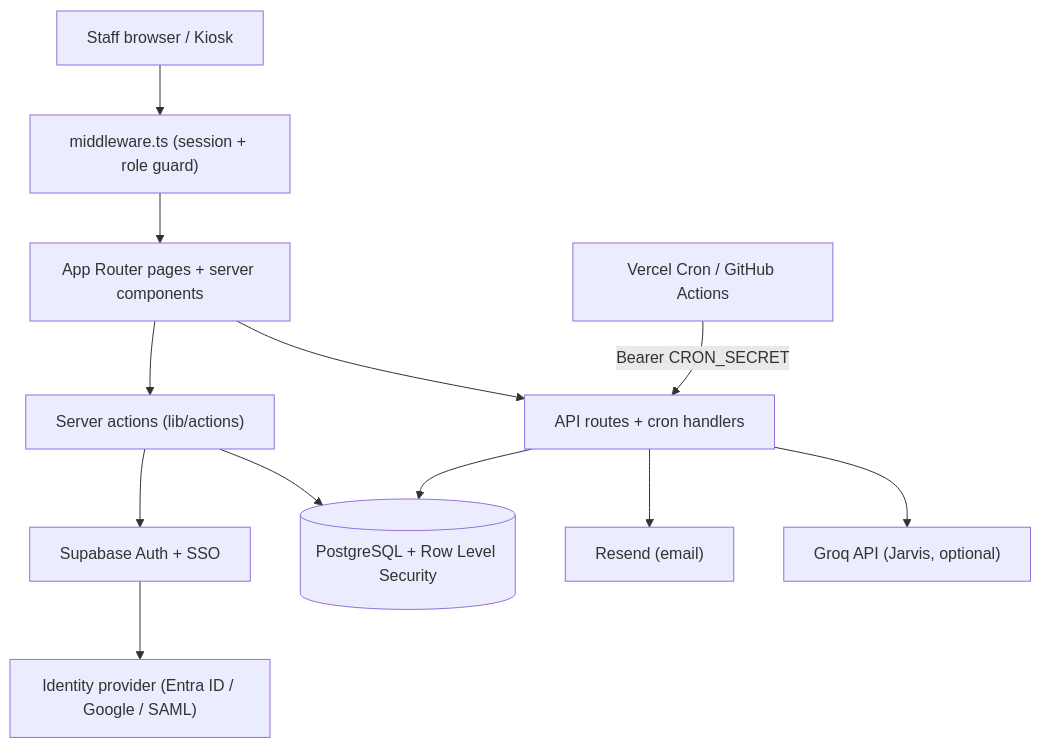
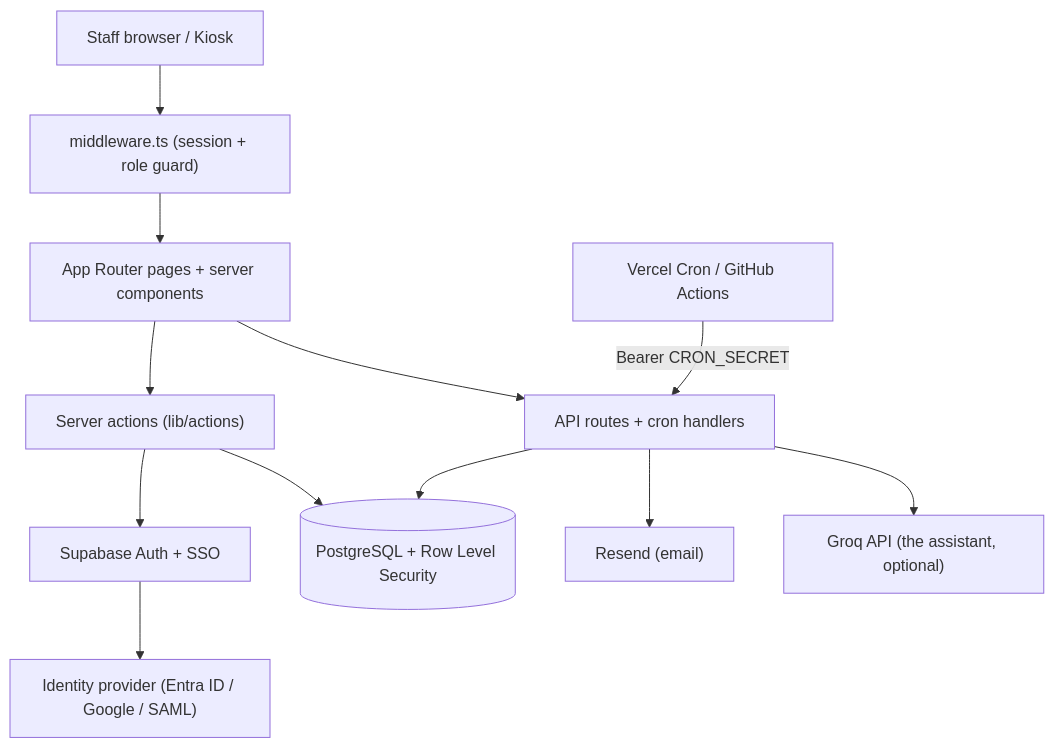
One commit to sarmakska/staff-portal changed the diagram in ARCHITECTURE.md. Above: the diagram before and after it, drawn with Mermaid. The commit also changed other lines of this file and 42 other files, not shown here.

````diff
--- a/ARCHITECTURE.md
+++ b/ARCHITECTURE.md
@@ -5,14 +5,14 @@
 ```mermaid
 flowchart TD
     Browser["Staff browser / Kiosk"] --> MW["middleware.ts (session + role guard)"]
     MW --> Pages["App Router pages + server components"]
     Pages --> Actions["Server actions (lib/actions)"]
     Pages --> API["API routes + cron handlers"]
     Actions --> Auth["Supabase Auth + SSO"]
     Auth --> IdP["Identity provider (Entra ID / Google / SAML)"]
     Actions --> DB[("PostgreSQL + Row Level Security")]
     API --> DB
     API --> Resend["Resend (email)"]
-    API --> Groq["Groq API (Jarvis, optional)"]
+    API --> Groq["Groq API (the assistant, optional)"]
     Cron["Vercel Cron / GitHub Actions"] -->|Bearer CRON_SECRET| API
 ```
````
